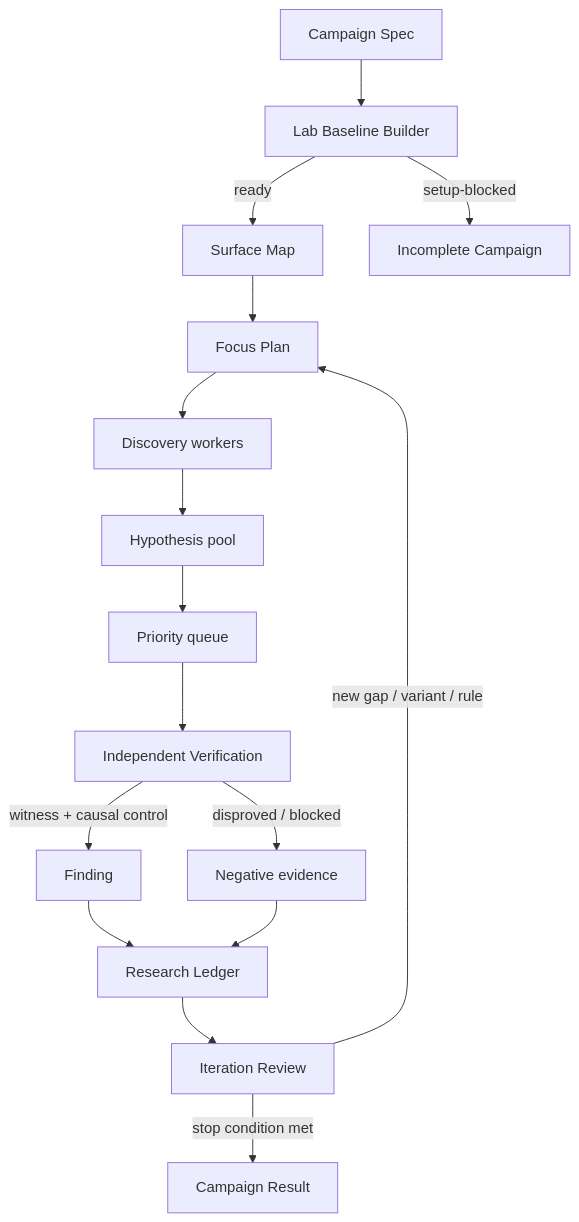
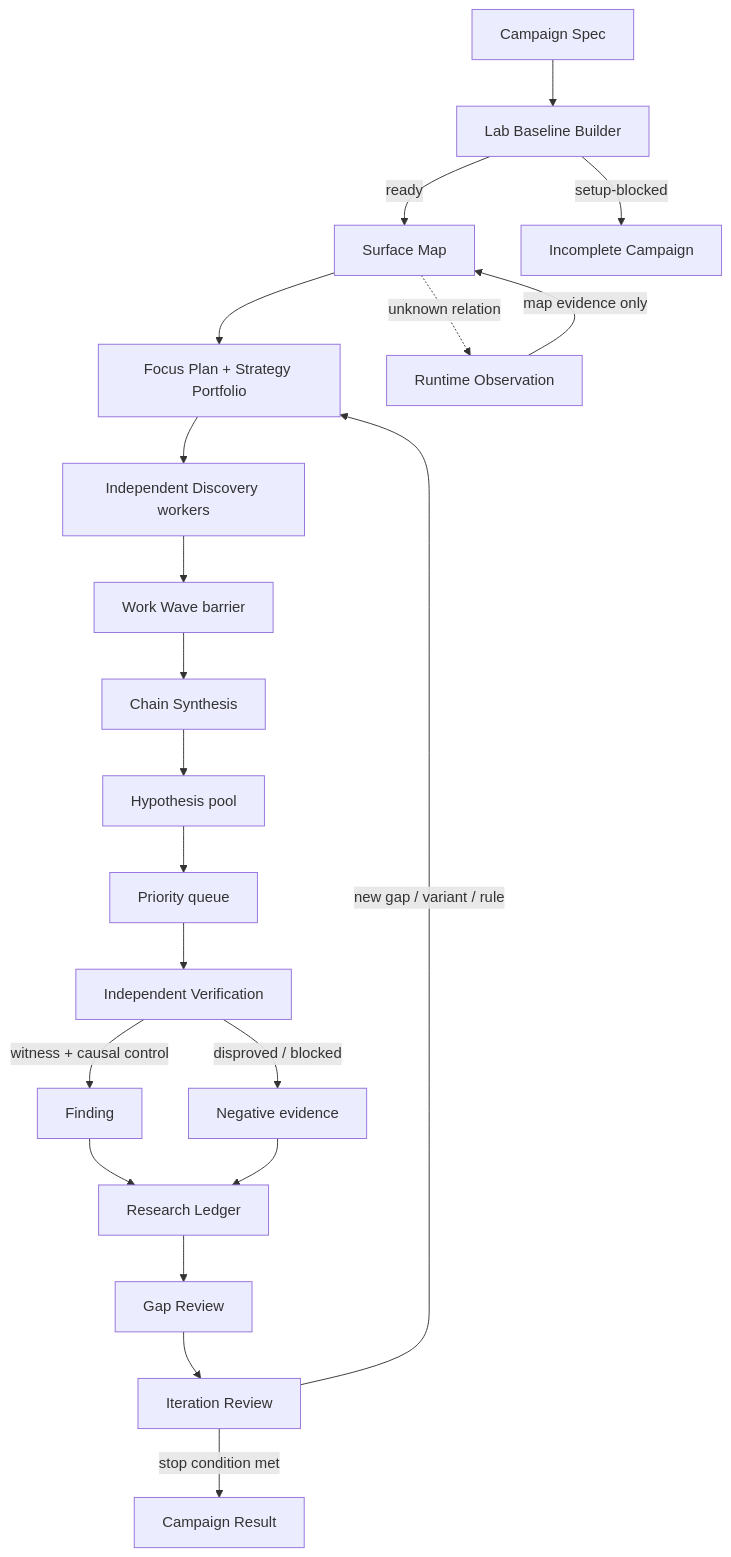
Before and after one commit to momoponwork1415-lgtm/wordpress-harness: the diagram in docs/design/architecture.md, drawn with Mermaid. The commit also changed other lines of this file and 13 other files, not shown here.

Commit message:
docs: focus architecture on exploration principles

````diff
--- a/docs/design/architecture.md
+++ b/docs/design/architecture.md
@@ -95,18 +95,23 @@
 ```mermaid
 flowchart TB
     spec[Campaign Spec] --> setup[Lab Baseline Builder]
     setup -->|ready| map[Surface Map]
     setup -->|setup-blocked| result[Incomplete Campaign]
-    map --> plan[Focus Plan]
-    plan --> discover[Discovery workers]
-    discover --> hypotheses[Hypothesis pool]
+    map --> plan[Focus Plan + Strategy Portfolio]
+    map -. unknown relation .-> observe[Runtime Observation]
+    observe -->|map evidence only| map
+    plan --> discover[Independent Discovery workers]
+    discover --> wave[Work Wave barrier]
+    wave --> chain[Chain Synthesis]
+    chain --> hypotheses[Hypothesis pool]
     hypotheses --> rank[Priority queue]
     rank --> verify[Independent Verification]
     verify -->|witness + causal control| finding[Finding]
     verify -->|disproved / blocked| outcome[Negative evidence]
     finding --> ledger[Research Ledger]
     outcome --> ledger
-    ledger --> learn[Iteration Review]
+    ledger --> gap[Gap Review]
+    gap --> learn[Iteration Review]
     learn -->|new gap / variant / rule| plan
     learn -->|stop condition met| result2[Campaign Result]
 ```
````
